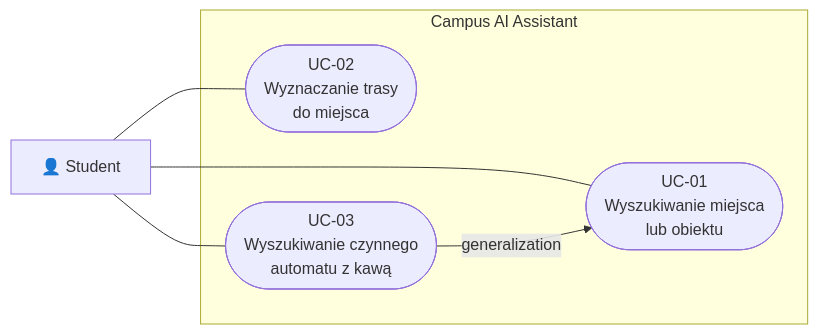
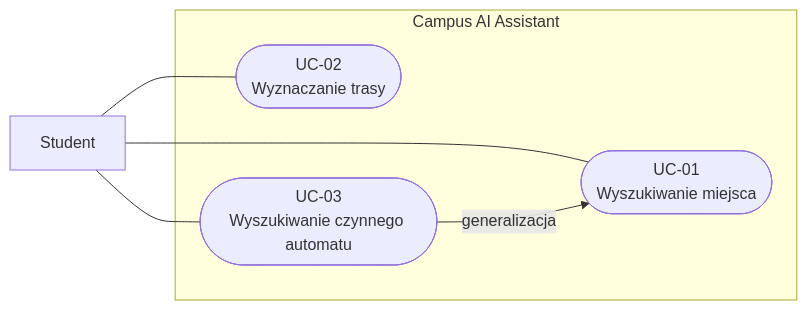
The second of 4 diagrams in docs/use-cases/README.md (sulmar/campus-ai-assistant), drawn with Mermaid before and after one commit. The commit also changed other lines of this file, not shown here.

Commit message:
Dodanie diagramów UML

````diff
--- a/docs/use-cases/README.md
+++ b/docs/use-cases/README.md
@@ -6,16 +19,16 @@
 ```mermaid
 flowchart LR
-    Student["👤 Student"]
+    Student["Student"]
 
     subgraph System["Campus AI Assistant"]
-        UC01(["UC-01<br/>Wyszukiwanie miejsca<br/>lub obiektu"])
-        UC02(["UC-02<br/>Wyznaczanie trasy<br/>do miejsca"])
-        UC03(["UC-03<br/>Wyszukiwanie czynnego<br/>automatu z kawą"])
+        UC01(["UC-01<br/>Wyszukiwanie miejsca"])
+        UC02(["UC-02<br/>Wyznaczanie trasy"])
+        UC03(["UC-03<br/>Wyszukiwanie czynnego automatu"])
     end
 
     Student --- UC01
     Student --- UC02
     Student --- UC03
 
-    UC03 -- "generalization" --> UC01
+    UC03 -->|generalizacja| UC01
 ```    
````
